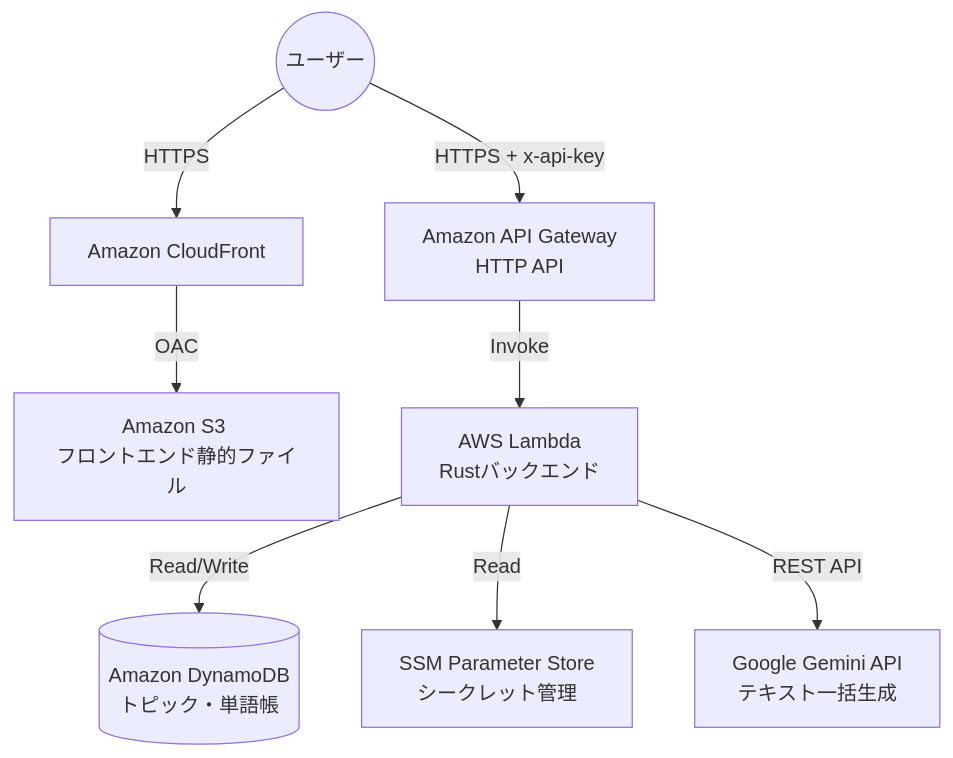
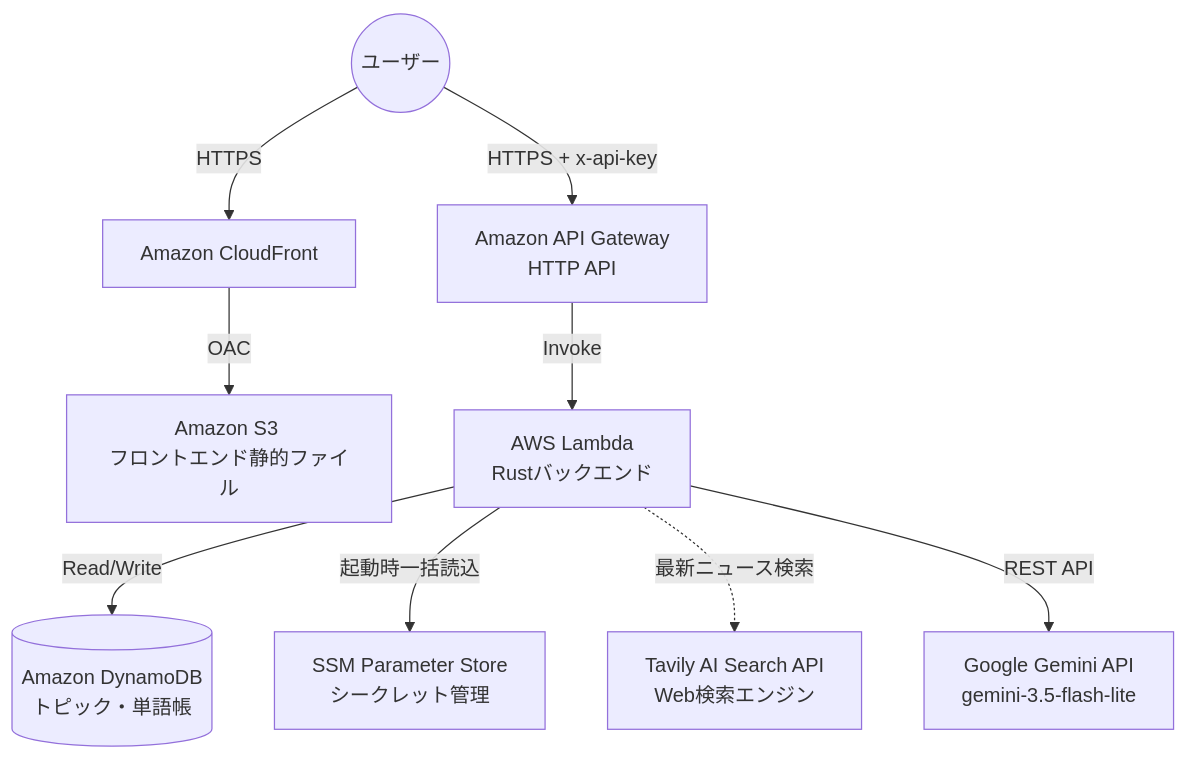
One commit to moden3/ai-english-learner changed the first of 5 diagrams in docs/design.md. Above: the diagram before and after it, drawn with Mermaid. The commit also changed other lines of this file and 16 other files, not shown here.

Commit message:
feat: integrate Tavily web search for latest news-based text generation

````diff
--- a/docs/design.md
+++ b/docs/design.md
@@ -12,13 +12,14 @@
 ```mermaid
 graph TD
     User((ユーザー)) -->|HTTPS| CF[Amazon CloudFront]
     CF -->|OAC| S3[Amazon S3 <br>フロントエンド静的ファイル]
     
     User -->|HTTPS + x-api-key| APIGW[Amazon API Gateway <br>HTTP API]
     
     APIGW -->|Invoke| Lambda[AWS Lambda <br>Rustバックエンド]
     
     Lambda -->|Read/Write| DDB[(Amazon DynamoDB <br>トピック・単語帳)]
-    Lambda -->|Read| SSM[SSM Parameter Store <br>シークレット管理]
-    Lambda -->|REST API| Gemini[Google Gemini API <br>テキスト一括生成]
+    Lambda -->|起動時一括読込| SSM[SSM Parameter Store <br>シークレット管理]
+    Lambda -.->|最新ニュース検索| Tavily[Tavily AI Search API <br>Web検索エンジン]
+    Lambda -->|REST API| Gemini[Google Gemini API <br>gemini-3.5-flash-lite]
 ```
````
